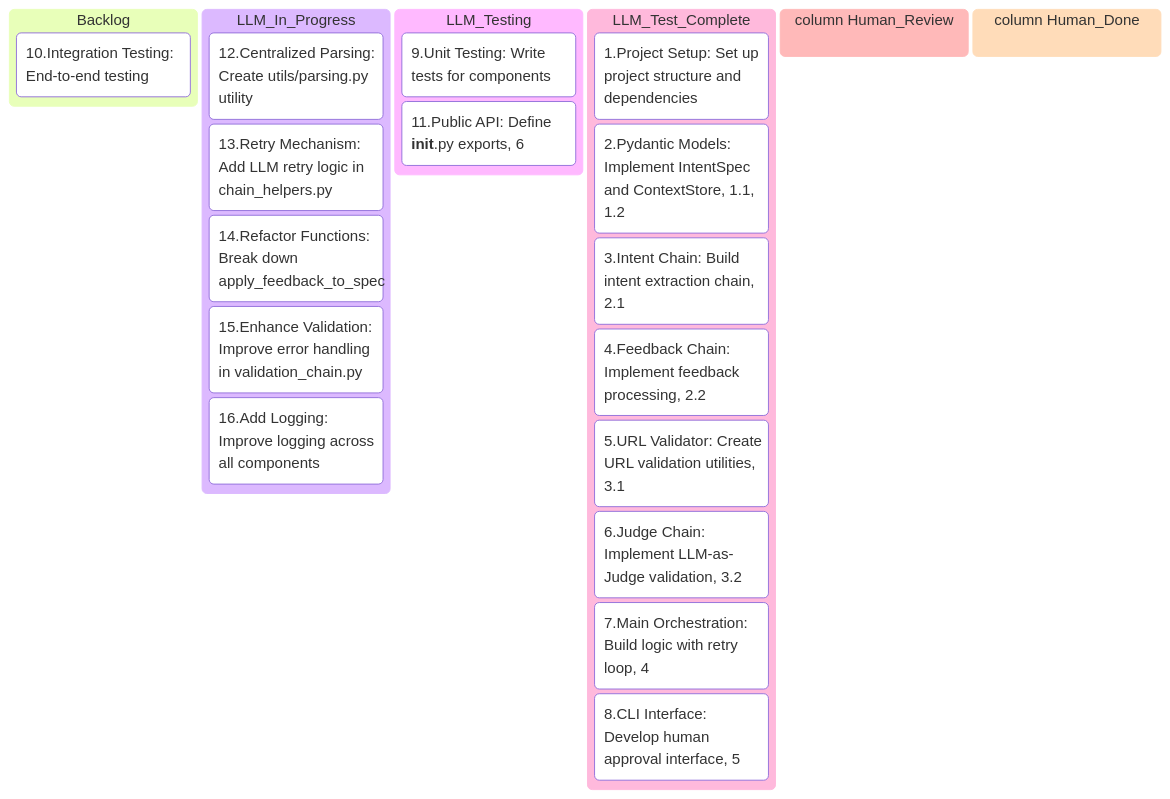
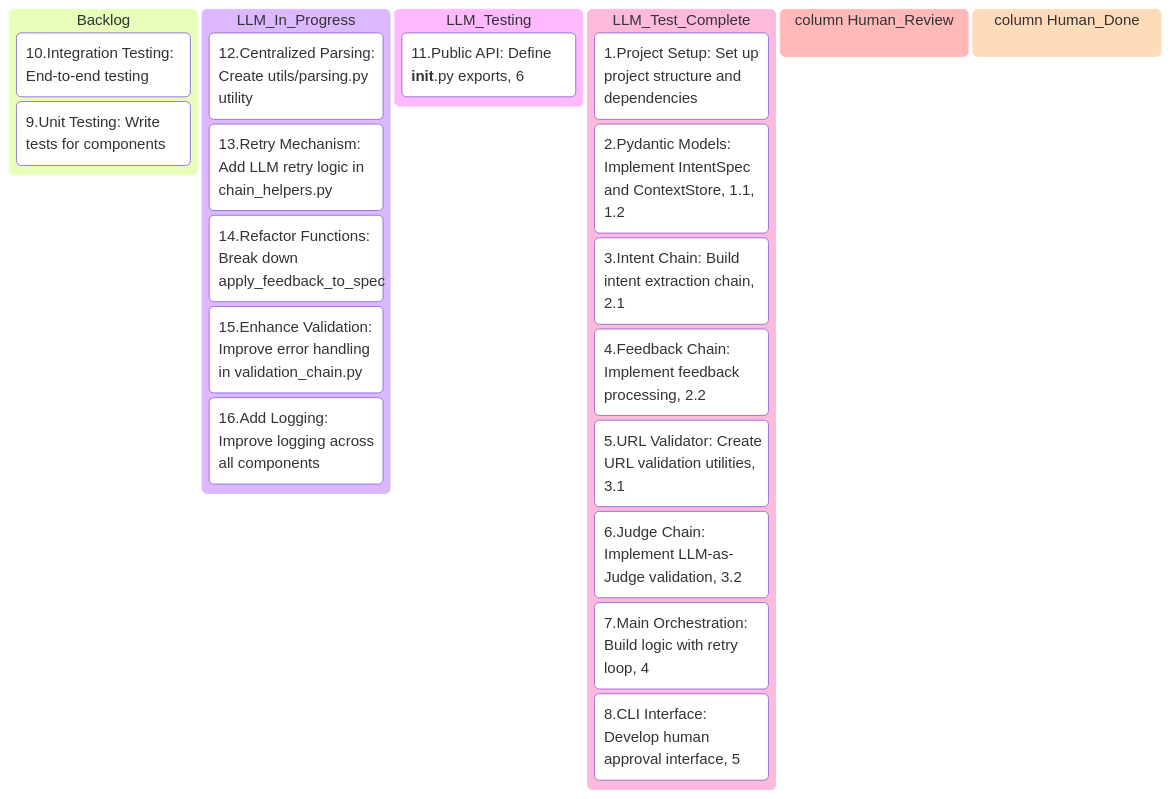
Before and after one commit to RunLittleTurtle/the-brain-ai-scraper-2: the first of 2 diagrams in System_docs_for_LLM_assistant/System_docs/Modules/[module]Infer_intent.md, drawn with Mermaid. The commit also changed other lines of this file and 21 other files, not shown here.

Commit message:
intent_inference graph is working but still have some skipping nodes to deal with

````diff
--- a/System_docs_for_LLM_assistant/System_docs/Modules/[module]Infer_intent.md
+++ b/System_docs_for_LLM_assistant/System_docs/Modules/[module]Infer_intent.md
@@ -3,27 +3,27 @@
 ```mermaid
 kanban
 Backlog
     10.Integration Testing: End-to-end testing
+    9.Unit Testing: Write tests for components
 LLM_In_Progress
     12.Centralized Parsing: Create utils/parsing.py utility
     13.Retry Mechanism: Add LLM retry logic in chain_helpers.py
     14.Refactor Functions: Break down apply_feedback_to_spec
     15.Enhance Validation: Improve error handling in validation_chain.py
     16.Add Logging: Improve logging across all components
 LLM_Testing
-    9.Unit Testing: Write tests for components
     11.Public API: Define __init__.py exports, 6
 LLM_Test_Complete
     1.Project Setup: Set up project structure and dependencies
     2.Pydantic Models: Implement IntentSpec and ContextStore, 1.1, 1.2
     3.Intent Chain: Build intent extraction chain, 2.1
     4.Feedback Chain: Implement feedback processing, 2.2
     5.URL Validator: Create URL validation utilities, 3.1
     6.Judge Chain: Implement LLM-as-Judge validation, 3.2
     7.Main Orchestration: Build logic with retry loop, 4
     8.CLI Interface: Develop human approval interface, 5
 column Human_Review
 column Human_Done
 
 
 ```
````
